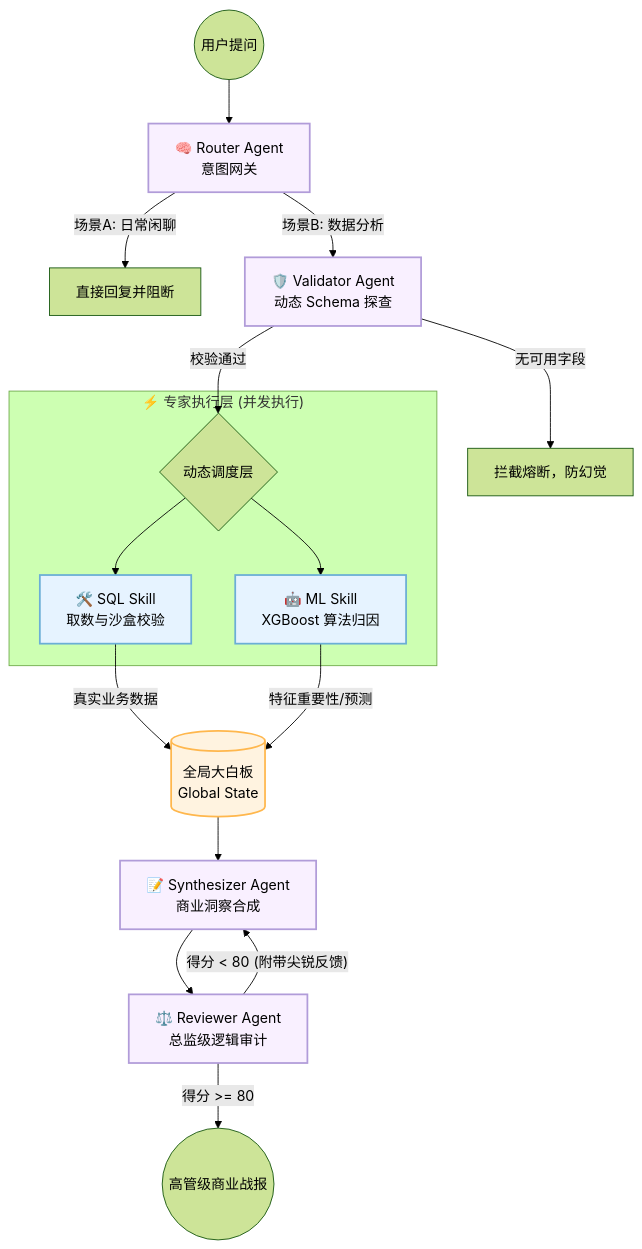
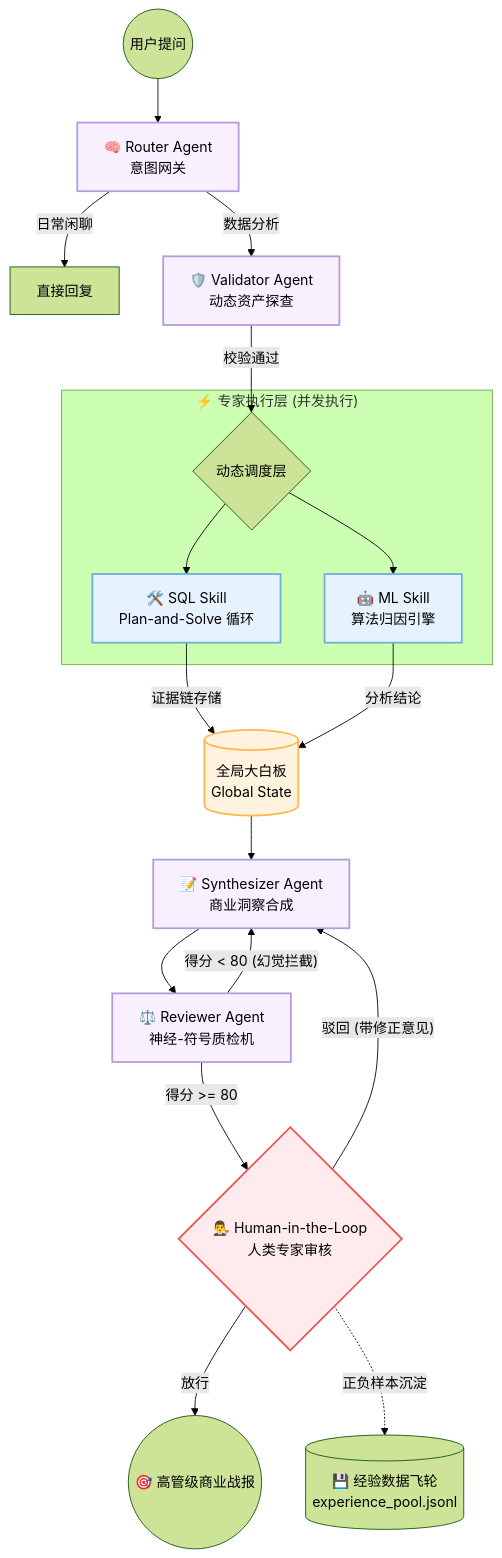
Before and after one commit to NoseaInC/Ecommerce-Data-Agent: the diagram in README.md, drawn with Mermaid (forest theme). The commit also changed other lines of this file, not shown here.

````diff
--- a/README.md
+++ b/README.md
@@ -24,33 +13,39 @@
 ```mermaid
 graph TD
     User((用户提问)) --> Router["🧠 Router Agent <br> 意图网关"]
     
-    Router -- "场景A: 日常闲聊" --> Direct["直接回复并阻断"]
-    Router -- "场景B: 数据分析" --> Validator["🛡️ Validator Agent <br> 动态 Schema 探查"]
+    Router -- "日常闲聊" --> Direct["直接回复"]
+    Router -- "数据分析" --> Validator["🛡️ Validator Agent <br> 动态资产探查"]
     
-    Validator -- "无可用字段" --> Stop["拦截熔断，防幻觉"]
     Validator -- "校验通过" --> Dispatch{"动态调度层"}
     
     subgraph ExecutionLayer ["⚡ 专家执行层 (并发执行)"]
-        Dispatch --> SQL["🛠️ SQL Skill <br> 取数与沙盒校验"]
-        Dispatch --> ML["🤖 ML Skill <br> XGBoost 算法归因"]
+        Dispatch --> SQL["🛠️ SQL Skill <br> Plan-and-Solve 循环"]
+        Dispatch --> ML["🤖 ML Skill <br> 算法归因引擎"]
     end
     
-    SQL -- "真实业务数据" --> Whiteboard[("全局大白板 <br> Global State")]
-    ML -- "特征重要性/预测" --> Whiteboard
+    SQL -- "证据链存储" --> Whiteboard[("全局大白板 <br> Global State")]
+    ML -- "分析结论" --> Whiteboard
     
     Whiteboard --> Synth["📝 Synthesizer Agent <br> 商业洞察合成"]
     
-    Synth --> Reviewer["⚖️ Reviewer Agent <br> 总监级逻辑审计"]
+    Synth --> Reviewer["⚖️ Reviewer Agent <br> 神经-符号质检机"]
     
-    Reviewer -- "得分 < 80 (附带尖锐反馈)" --> Synth
-    Reviewer -- "得分 >= 80" --> Output(("高管级商业战报"))
+    Reviewer -- "得分 < 80 (幻觉拦截)" --> Synth
+    Reviewer -- "得分 >= 80" --> HITL{"👨‍⚖️ Human-in-the-Loop <br> 人类专家审核"}
     
+    HITL -- "驳回 (带修正意见)" --> Synth
+    HITL -- "放行" --> Output(("🎯 高管级商业战报"))
+    
+    HITL -. "正负样本沉淀" .-> Flywheel[("💾 经验数据飞轮 <br> experience_pool.jsonl")]
+
     classDef agent fill:#f9f0ff,stroke:#b19cd9,stroke-width:2px;
     classDef skill fill:#e6f3ff,stroke:#6baed6,stroke-width:2px;
     classDef state fill:#fff3e0,stroke:#ffb74d,stroke-width:2px;
+    classDef hitl fill:#ffebee,stroke:#ef5350,stroke-width:2px;
     
     class Router,Validator,Synth,Reviewer agent;
     class SQL,ML skill;
     class Whiteboard state;
+    class HITL hitl;
 ```
````
